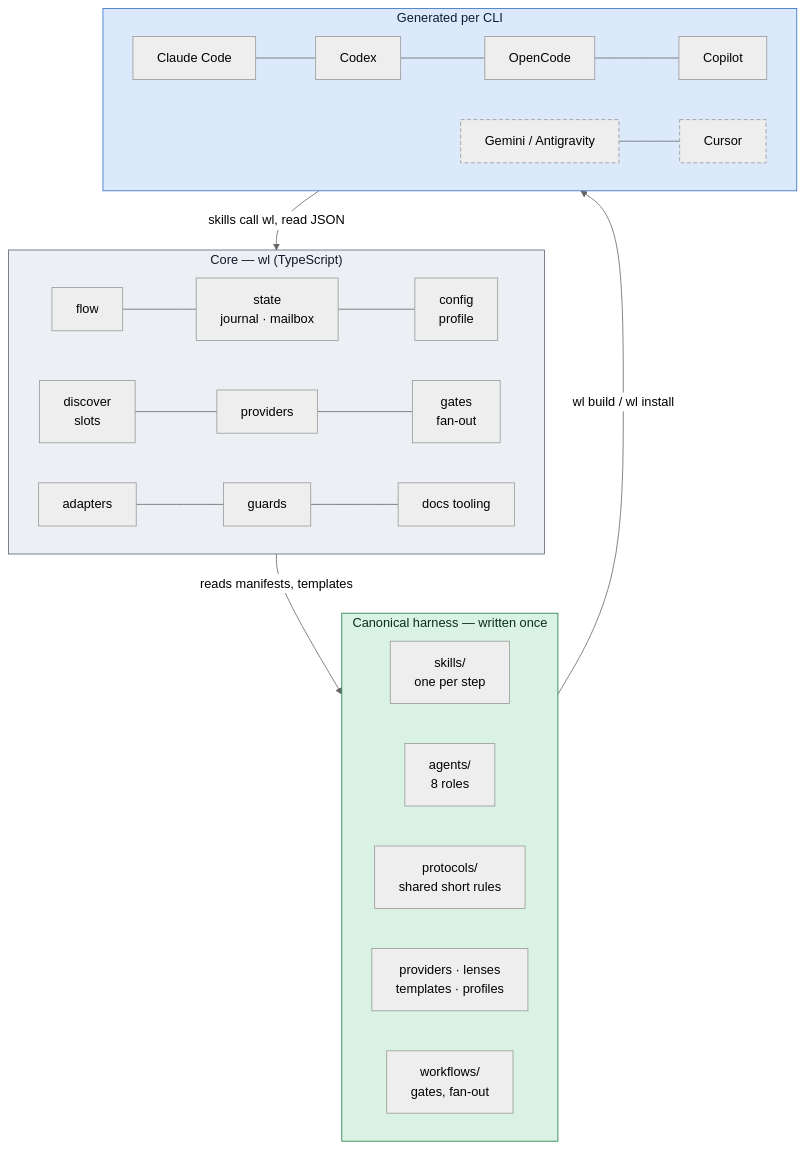
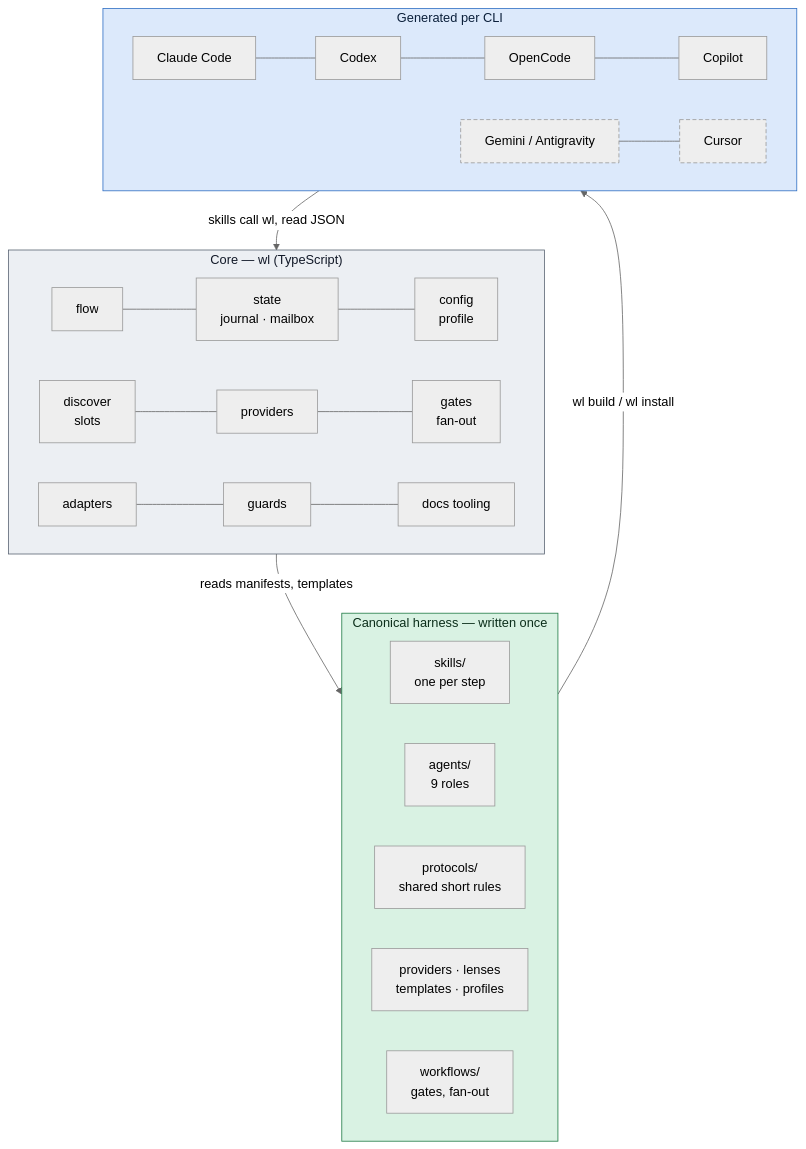
One commit to dreamingechoes/wholeloop changed the first of 2 diagrams in docs/architecture/README.md. Above: the diagram before and after it, drawn with Mermaid (neutral theme). The commit also changed 32 other files, not shown here.

````diff
--- a/docs/architecture/README.md
+++ b/docs/architecture/README.md
@@ -14,29 +14,29 @@
 ```mermaid
 flowchart TB
   subgraph H["Canonical harness — written once"]
     direction LR
     sk["skills/<br/>one per step"]
-    ag["agents/<br/>8 roles"]
+    ag["agents/<br/>9 roles"]
     pr["protocols/<br/>shared short rules"]
     mf["providers · lenses<br/>templates · profiles"]
     wf["workflows/<br/>gates, fan-out"]
   end
   subgraph C["Core — wl (TypeScript)"]
     direction LR
     fl["flow"] --- st["state<br/>journal · mailbox"] --- cf["config<br/>profile"]
     ds["discover<br/>slots"] --- pv["providers"] --- gt["gates<br/>fan-out"]
     ad["adapters"] --- gd["guards"] --- dc["docs tooling"]
   end
   subgraph A["Generated per CLI"]
     direction LR
     cc["Claude Code"] --- cx["Codex"] --- oc["OpenCode"] --- cp["Copilot"]
     gm["Gemini / Antigravity"]:::opt --- cu["Cursor"]:::opt
   end
   H -- "wl build / wl install" --> A
   A -- "skills call wl, read JSON" --> C
   C -- "reads manifests, templates" --> H
   classDef opt stroke-dasharray:5 3;
   style H fill:#d9f2e3,stroke:#1f7a45,color:#0b2e1a
   style C fill:#eceff3,stroke:#5b6573,color:#111827
   style A fill:#dce9fb,stroke:#2f6fc4,color:#0b1f3a
 ```
````
